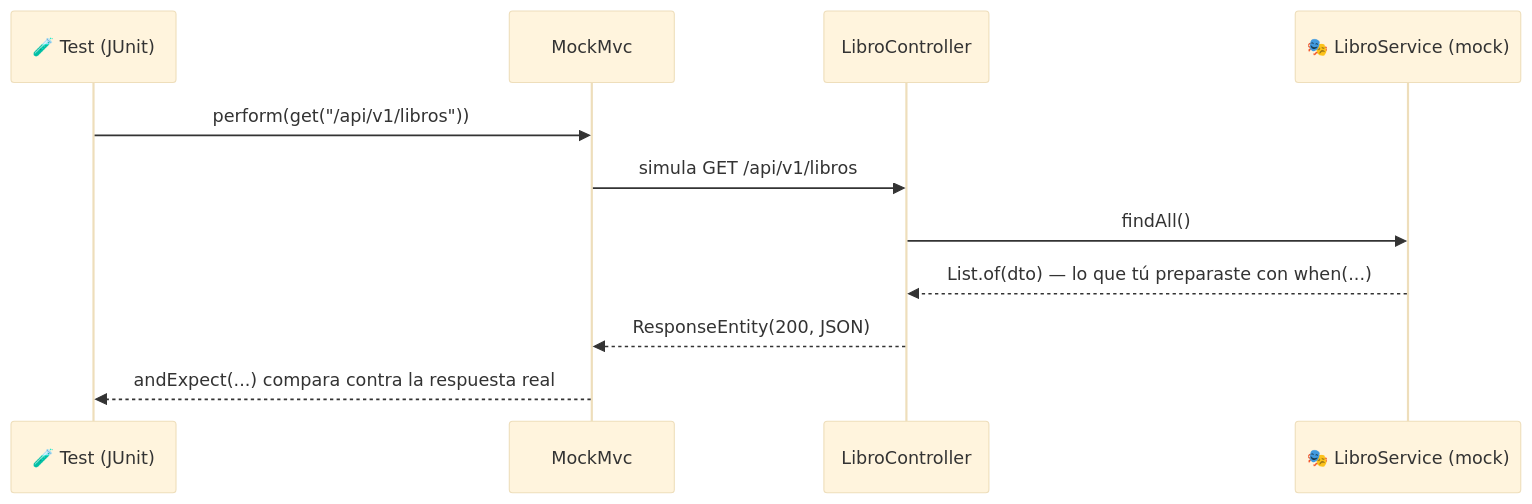
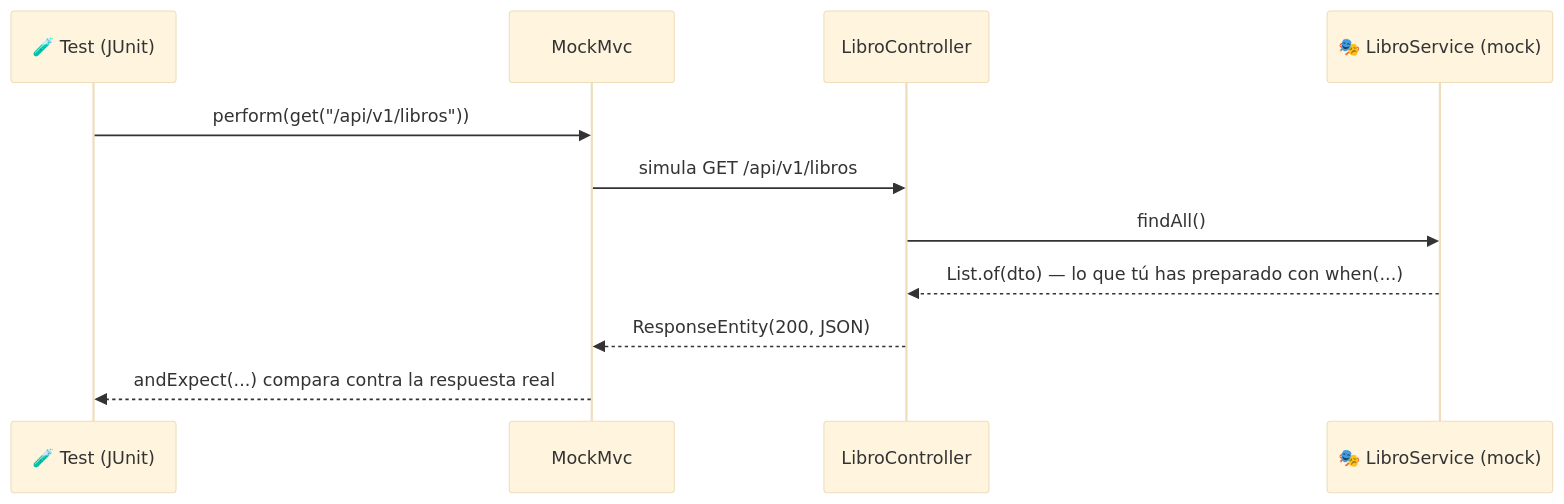
Before and after one commit to aitorventura/programacion-servicios-procesos: the second of 2 diagrams in docs/tema1/tests-mockmvc.md, drawn with Mermaid (base theme). The commit also changed other lines of this file and 10 other files, not shown here.

````diff
--- a/docs/tema1/tests-mockmvc.md
+++ b/docs/tema1/tests-mockmvc.md
@@ -104,14 +104,14 @@
 ```mermaid
 sequenceDiagram
     participant Test as 🧪 Test (JUnit)
     participant MockMvc as MockMvc
     participant Controller as LibroController
     participant Mock as 🎭 LibroService (mock)
 
     Test->>MockMvc: perform(get("/api/v1/libros"))
     MockMvc->>Controller: simula GET /api/v1/libros
     Controller->>Mock: findAll()
-    Mock-->>Controller: List.of(dto) — lo que tú preparaste con when(...)
+    Mock-->>Controller: List.of(dto) — lo que tú has preparado con when(...)
     Controller-->>MockMvc: ResponseEntity(200, JSON)
     MockMvc-->>Test: andExpect(...) compara contra la respuesta real
 ```
````
